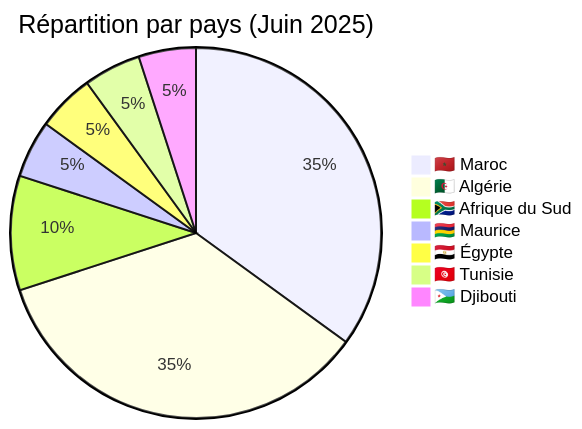
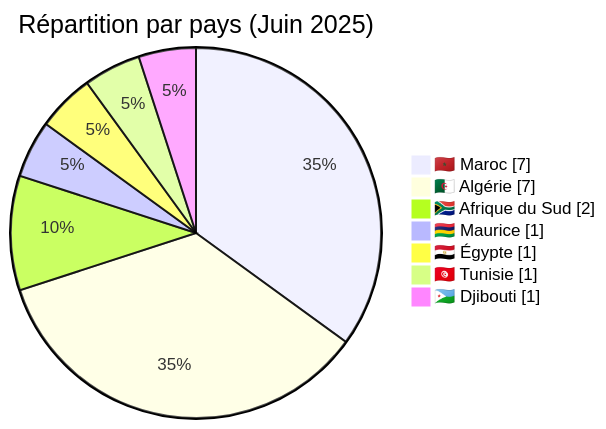
Before and after one commit to Hatchepsoute/AFRINTEL: the third of 6 diagrams in CyberAttackAfrica/2025/06-june/README_FR.md, drawn with Mermaid. The commit also changed other lines of this file and 182 other files, not shown here.

````diff
--- a/CyberAttackAfrica/2025/06-june/README_FR.md
+++ b/CyberAttackAfrica/2025/06-june/README_FR.md
@@ -95,10 +99,11 @@
 ```mermaid
-pie title Répartition par pays (Juin 2025)
+pie showData
+    title Répartition par pays (Juin 2025)
     "🇲🇦 Maroc" : 7
     "🇩🇿 Algérie" : 7
     "🇿🇦 Afrique du Sud" : 2
     "🇲🇺 Maurice" : 1
     "🇪🇬 Égypte" : 1
     "🇹🇳 Tunisie" : 1
     "🇩🇯 Djibouti" : 1
 ```
````
